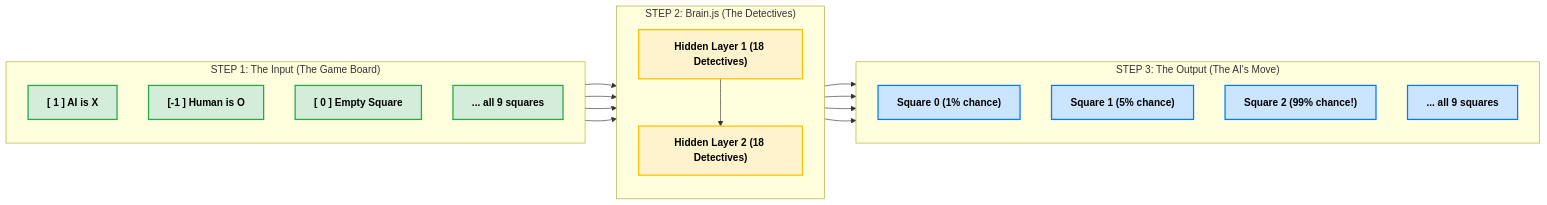
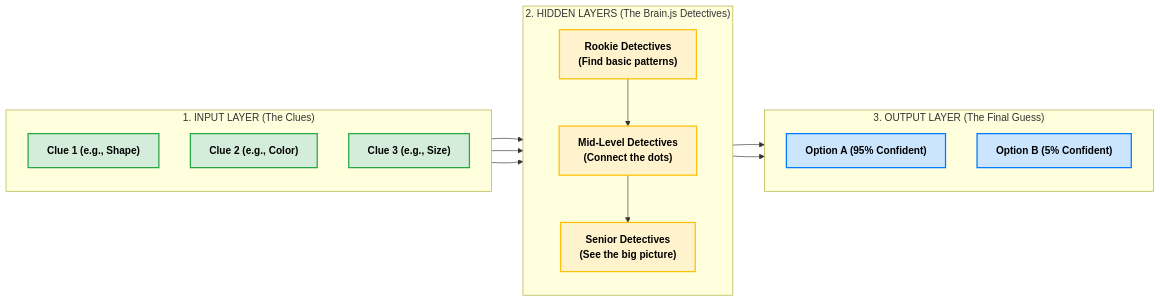
One commit to yekoshy/TicTacToe changed the diagram in Brain.md. Above: the diagram before and after it, drawn with Mermaid. The commit also changed 2 other files, not shown here.

Commit message:
updating read me files

````diff
--- a/Brain.md
+++ b/Brain.md
@@ -1,39 +1,38 @@
 ```mermaid
 flowchart LR
-%% Styling for presentation (Green = Input, Yellow = Brain, Blue = Output)
+%% Styling to keep it presentation-friendly
 classDef input fill:#d4edda,stroke:#28a745,stroke-width:2px,color:black,font-weight:bold;
 classDef hidden fill:#fff3cd,stroke:#ffc107,stroke-width:2px,color:black,font-weight:bold;
 classDef output fill:#cce5ff,stroke:#007bff,stroke-width:2px,color:black,font-weight:bold;
 
-subgraph Step1["STEP 1: The Input (The Game Board)"]
+subgraph Input ["1. INPUT LAYER (The Clues)"]
 direction TB
-I1["[ 1 ] AI is X"]
-I2["[-1 ] Human is O"]
-I3["[ 0 ] Empty Square"]
-I4["... all 9 squares"]
+I1["Clue 1 (e.g., Shape)"]
+I2["Clue 2 (e.g., Color)"]
+I3["Clue 3 (e.g., Size)"]
 end
 
-subgraph Step2["STEP 2: Brain.js (The Detectives)"]
+subgraph Hidden ["2. HIDDEN LAYERS (The Brain.js Detectives)"]
 direction TB
-L1["Hidden Layer 1 (18 Detectives)"]
-L2["Hidden Layer 2 (18 Detectives)"]
+H1["Rookie Detectives\n(Find basic patterns)"]
+H2["Mid-Level Detectives\n(Connect the dots)"]
+H3["Senior Detectives\n(See the big picture)"]
 end
 
-subgraph Step3["STEP 3: The Output (The AI's Move)"]
+subgraph Output ["3. OUTPUT LAYER (The Final Guess)"]
 direction TB
-O1["Square 0 (1% chance)"]
-O2["Square 1 (5% chance)"]
-O3["Square 2 (99% chance!)"]
-O4["... all 9 squares"]
+O1["Option A (95% Confident)"]
+O2["Option B (5% Confident)"]
 end
 
-%% Drawing the flow of information
-I1 & I2 & I3 & I4 --> L1
-L1 --> L2
-L2 --> O1 & O2 & O3 & O4
+%% Drawing the arrows to show how information flows
+I1 & I2 & I3 --> H1
+H1 --> H2
+H2 --> H3
+H3 --> O1 & O2
 
 %% Applying the colors
-class I1,I2,I3,I4 input;
-class L1,L2 hidden;
-class O1,O2,O3,O4 output;
+class I1,I2,I3 input;
+class H1,H2,H3 hidden;
+class O1,O2 output;
 ```
````
